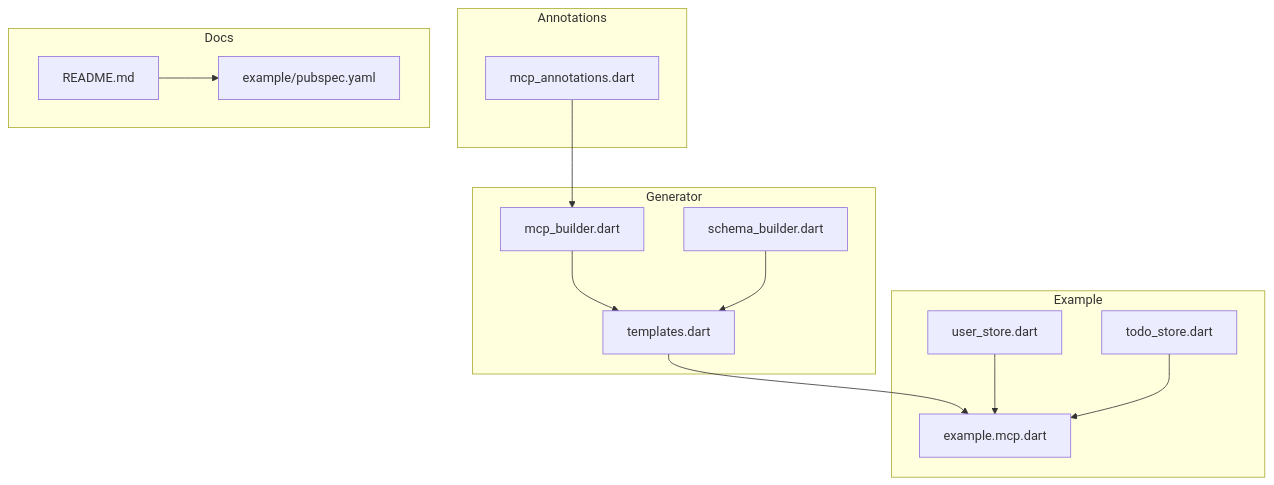
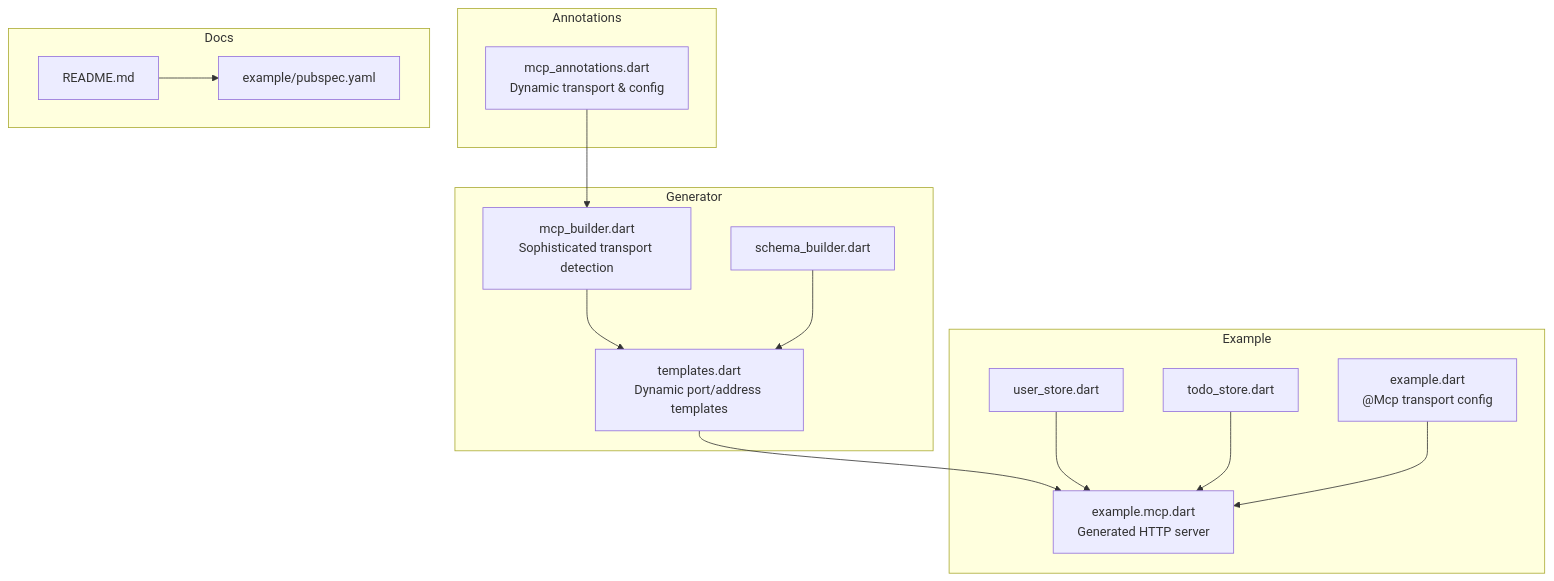
Before and after one commit to cdavis-code/easy_mcp_workspace: the first of 11 diagrams in .qoder/repowiki/en/content/Transport Implementations/HTTP Transport.md, drawn with Mermaid. The commit also changed other lines of this file and 14 other files, not shown here.

````diff
--- a/.qoder/repowiki/en/content/Transport Implementations/HTTP Transport.md
+++ b/.qoder/repowiki/en/content/Transport Implementations/HTTP Transport.md
@@ -40,27 +49,29 @@
 ```mermaid
 graph TB
 subgraph "Annotations"
-A["mcp_annotations.dart"]
+A["mcp_annotations.dart<br/>Dynamic transport & config"]
 end
 subgraph "Generator"
-B["mcp_builder.dart"]
-C["templates.dart"]
+B["mcp_builder.dart<br/>Sophisticated transport detection"]
+C["templates.dart<br/>Dynamic port/address templates"]
 D["schema_builder.dart"]
 end
 subgraph "Example"
-E["example.mcp.dart"]
+E["example.mcp.dart<br/>Generated HTTP server"]
 F["user_store.dart"]
 G["todo_store.dart"]
+H["example.dart<br/>@Mcp transport config"]
 end
 subgraph "Docs"
-H["README.md"]
-I["example/pubspec.yaml"]
+I["README.md"]
+J["example/pubspec.yaml"]
 end
 A --> B
 B --> C
 C --> E
 D --> C
 F --> E
 G --> E
-H --> I
+H --> E
+I --> J
 ```
````
